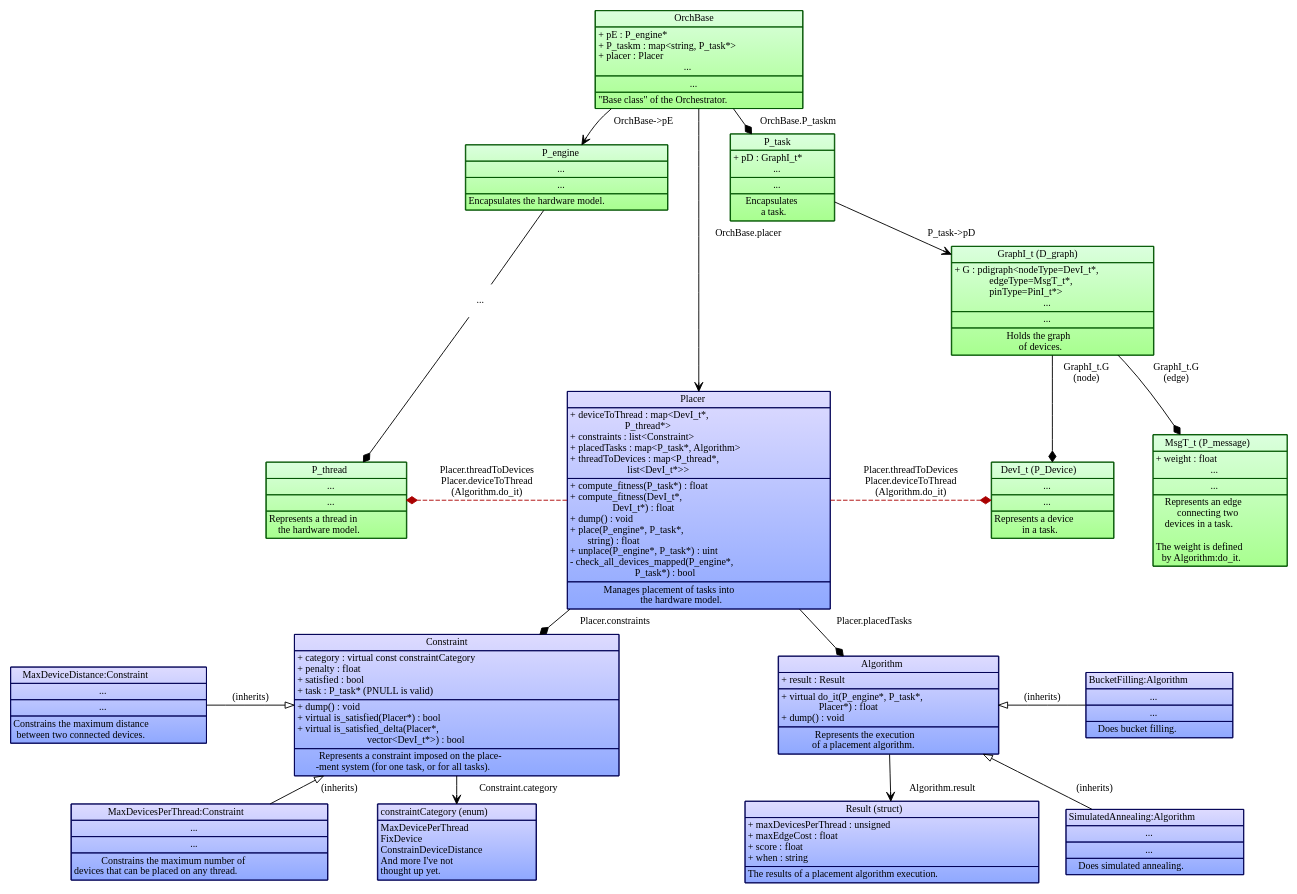
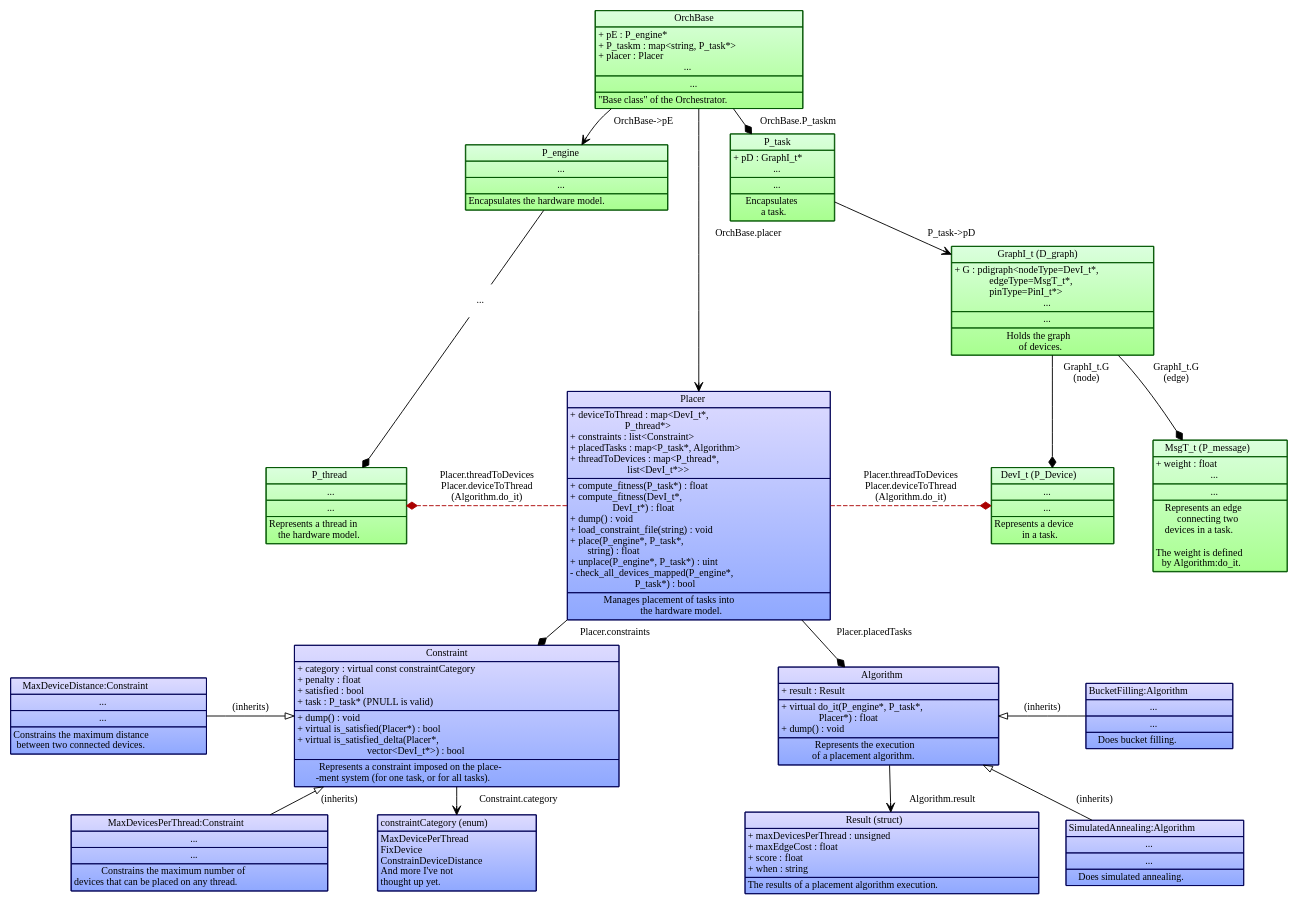
One commit to POETSII/orchestrator-documentation changed the diagram in images/source/placement_design_data_structure.dot. Above: the diagram before and after it, drawn with Graphviz. The commit also changed 1 other file, not shown here.

```diff
--- a/images/source/placement_design_data_structure.dot
+++ b/images/source/placement_design_data_structure.dot
@@ -135,6 +135,7 @@
 + compute_fitness(DevI_t*,<BR ALIGN="LEFT"/>
                   DevI_t*) : float<BR ALIGN="LEFT"/>
 + dump() : void<BR ALIGN="LEFT"/>
++ load_constraint_file(string) : void<BR ALIGN="LEFT"/>
 + place(P_engine*, P_task*,<BR ALIGN="LEFT"/>
         string) : float<BR ALIGN="LEFT"/>
 + unplace(P_engine*, P_task*) : uint<BR ALIGN="LEFT"/>
```
